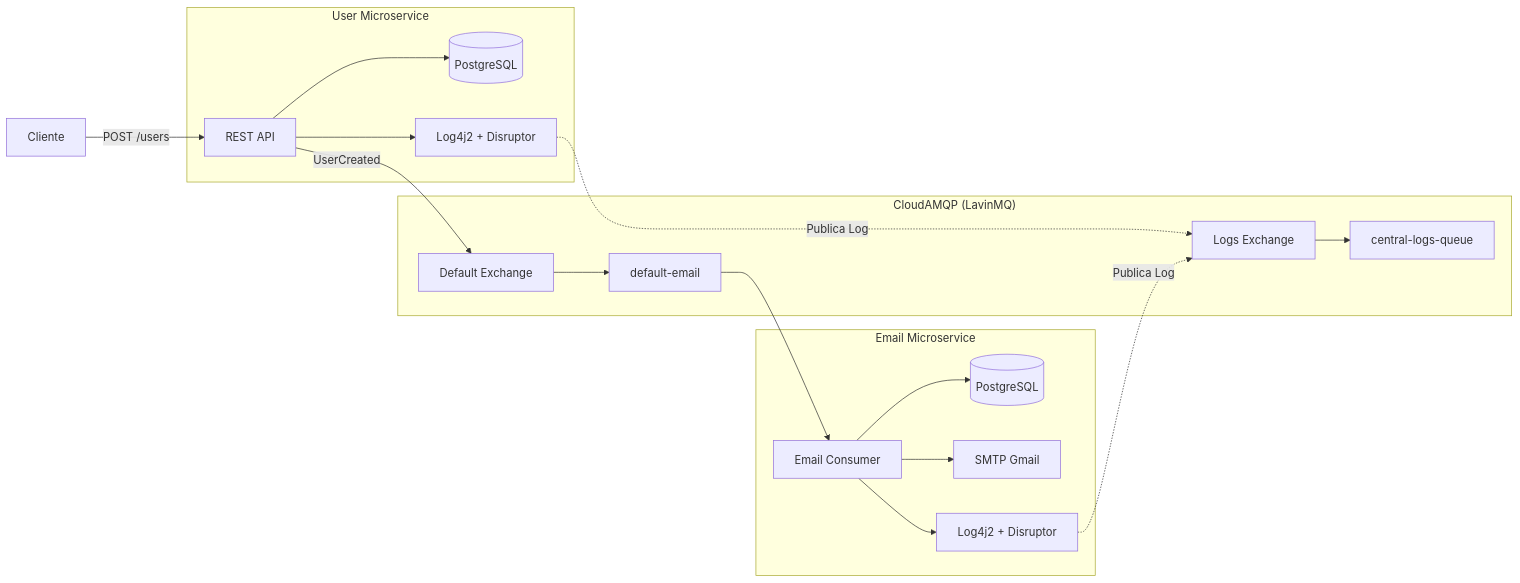
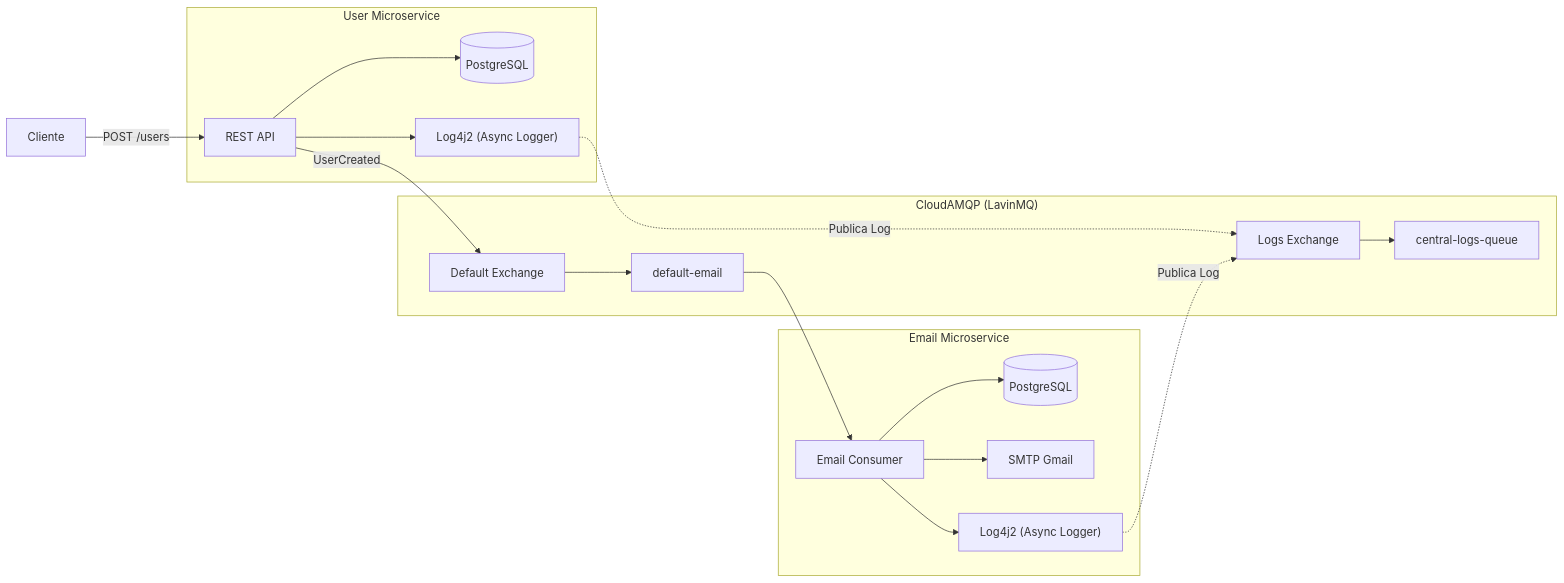
One commit to rubensrabelo/laboratorio-tech changed the diagram in 01-ms-email/README.md. Above: the diagram before and after it, drawn with Mermaid. The commit also changed other lines of this file, not shown here.

````diff
--- a/01-ms-email/README.md
+++ b/01-ms-email/README.md
@@ -32,42 +34,42 @@
 ```mermaid
 flowchart LR
 
 subgraph USER["User Microservice"]
     API["REST API"]
     UDB[("PostgreSQL")]
-    ULOG["Log4j2 + Disruptor"]
+    ULOG["Log4j2 (Async Logger)"]
 
     API --> UDB
     API --> ULOG
 end
 
 subgraph EMAIL["Email Microservice"]
     CONSUMER["Email Consumer"]
     EDB[("PostgreSQL")]
     SMTP["SMTP Gmail"]
-    ELOG["Log4j2 + Disruptor"]
+    ELOG["Log4j2 (Async Logger)"]
 
     CONSUMER --> SMTP
     CONSUMER --> EDB
     CONSUMER --> ELOG
 end
 
 subgraph AMQP["CloudAMQP (LavinMQ)"]
     USEREX["Default Exchange"]
     EMAILQ["default-email"]
 
     LOGEX["Logs Exchange"]
     LOGQ["central-logs-queue"]
 end
 
 CLIENT["Cliente"] -->|POST /users| API
 
 API -->|UserCreated| USEREX
 USEREX --> EMAILQ
 EMAILQ --> CONSUMER
 
 ULOG -. Publica Log .-> LOGEX
 ELOG -. Publica Log .-> LOGEX
 
 LOGEX --> LOGQ
 ```
````
